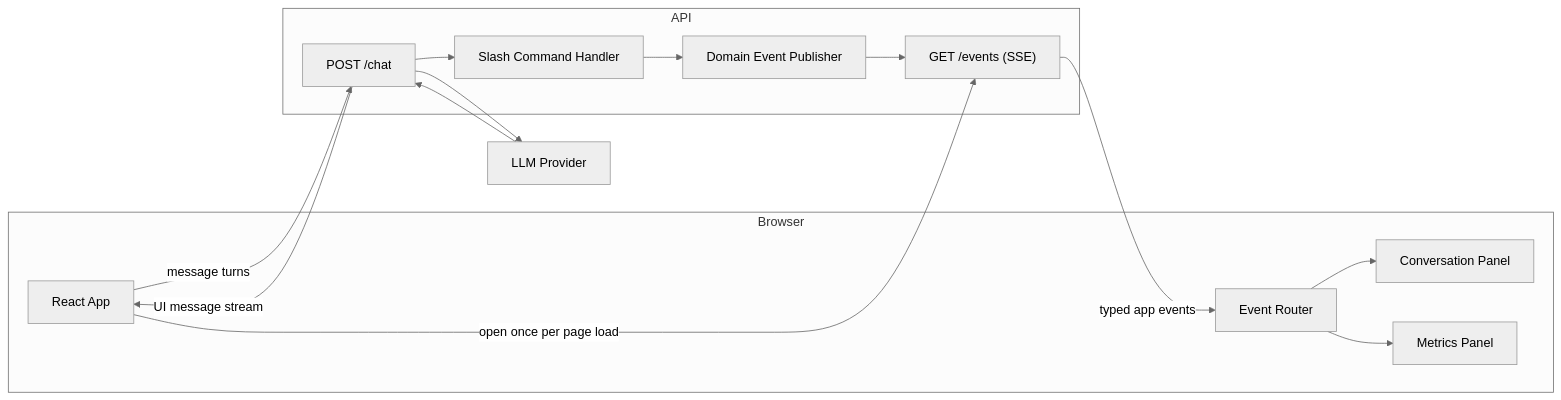
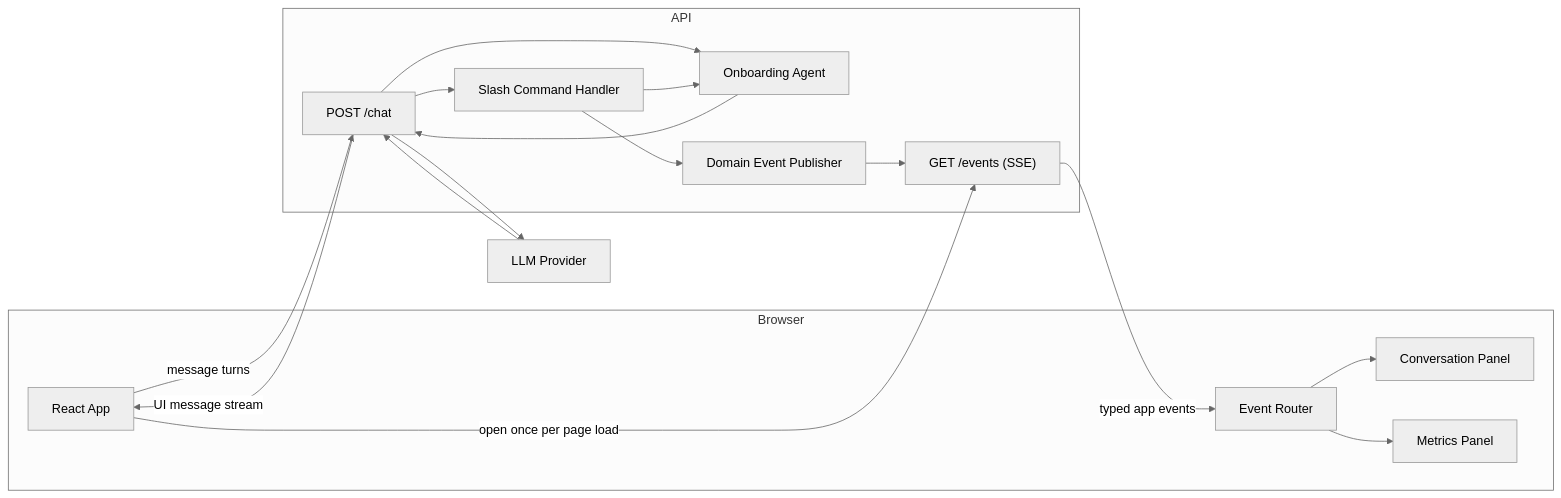
The first of 4 diagrams in docs/chat-driven-ui-architecture.md (trq/flowly), drawn with Mermaid (neutral theme) before and after one commit. The commit also changed other lines of this file and 44 other files, not shown here.

First line of the commit message:
Update docs for budget onboarding agent flow (#3)

````diff
--- a/docs/chat-driven-ui-architecture.md
+++ b/docs/chat-driven-ui-architecture.md
@@ -17,32 +19,36 @@
 ```mermaid
 flowchart LR
   subgraph Browser["Browser"]
     App["React App"]
     Router["Event Router"]
     Conv["Conversation Panel"]
     Mets["Metrics Panel"]
   end
 
   subgraph API["API"]
     Chat["POST /chat"]
     Events["GET /events (SSE)"]
     Commands["Slash Command Handler"]
+    Agent["Onboarding Agent"]
     Domain["Domain Event Publisher"]
   end
 
   LLM["LLM Provider"]
 
   App -->|message turns| Chat
   Chat -->|UI message stream| App
   Chat --> LLM
+  Chat --> Agent
   LLM --> Chat
+  Agent --> Chat
 
   App -->|open once per page load| Events
   Events -->|typed app events| Router
   Router --> Conv
   Router --> Mets
 
   Chat --> Commands
+  Commands --> Agent
   Commands --> Domain
   Domain --> Events
 ```
````
